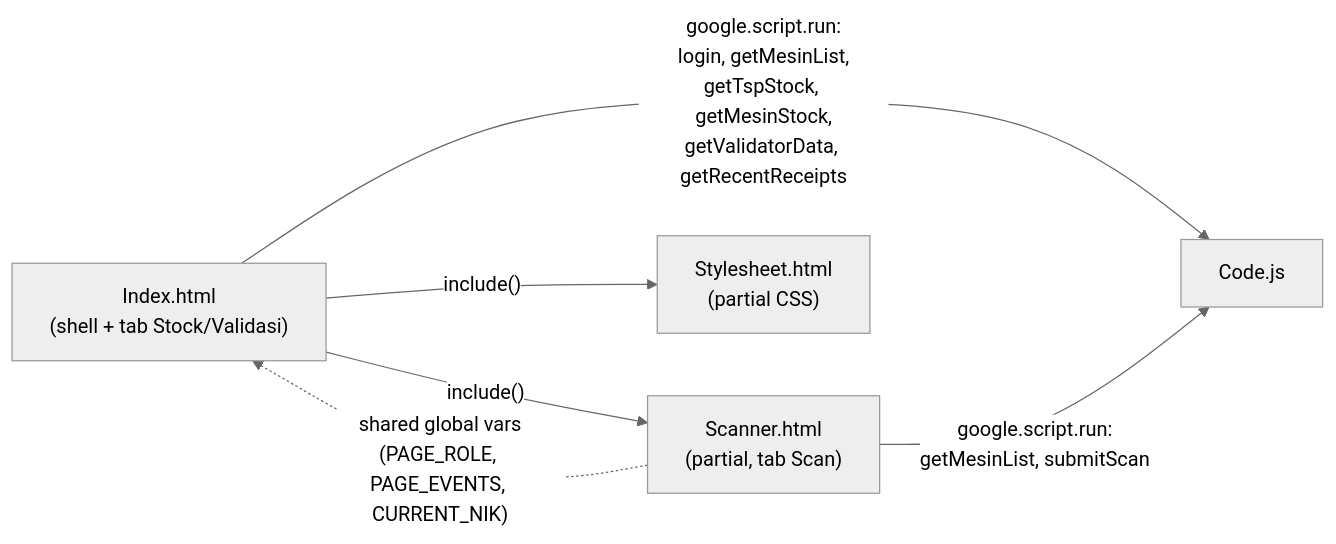
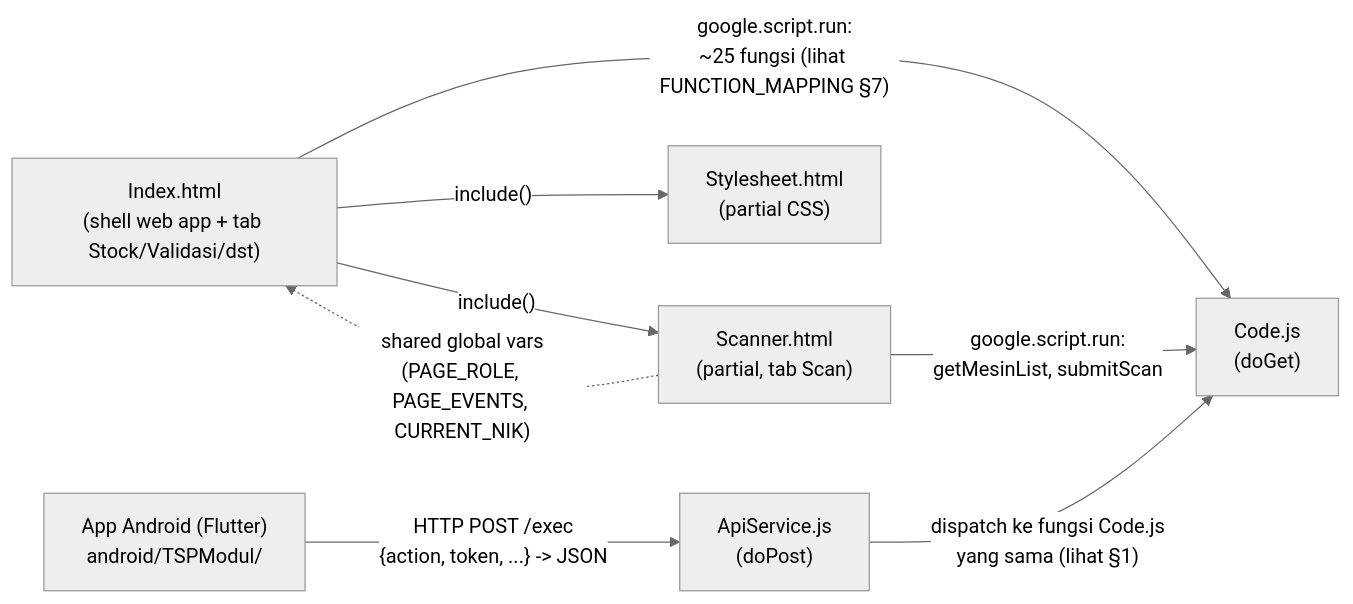
The second of 5 diagrams in dokumentasi/DEPENDENCY_MAP.md (imannurchaedi-max/TSP), drawn with Mermaid (neutral theme) before and after one commit. The commit also changed other lines of this file and 6 other files, not shown here.

````diff
--- a/dokumentasi/DEPENDENCY_MAP.md
+++ b/dokumentasi/DEPENDENCY_MAP.md
@@ -48,13 +63,17 @@
 ```mermaid
 graph LR
-  IndexHtml["Index.html<br/>(shell + tab Stock/Validasi)"]
+  IndexHtml["Index.html<br/>(shell web app + tab Stock/Validasi/dst)"]
   ScannerHtml["Scanner.html<br/>(partial, tab Scan)"]
   StyleHtml["Stylesheet.html<br/>(partial CSS)"]
-  CodeJs["Code.js"]
+  CodeJs["Code.js<br/>(doGet)"]
+  ApiSvc["ApiService.js<br/>(doPost)"]
+  FlutterApp["App Android (Flutter)<br/>android/TSPModul/"]
 
   IndexHtml -- "include()" --> StyleHtml
   IndexHtml -- "include()" --> ScannerHtml
-  IndexHtml -- "google.script.run:<br/>login, getMesinList,<br/>getTspStock, getMesinStock,<br/>getValidatorData, getRecentReceipts" --> CodeJs
+  IndexHtml -- "google.script.run:<br/>~25 fungsi (lihat FUNCTION_MAPPING §7)" --> CodeJs
   ScannerHtml -- "google.script.run:<br/>getMesinList, submitScan" --> CodeJs
   ScannerHtml -. "shared global vars<br/>(PAGE_ROLE, PAGE_EVENTS, CURRENT_NIK)" .-> IndexHtml
+  FlutterApp -- "HTTP POST /exec<br/>{action, token, ...} -> JSON" --> ApiSvc
+  ApiSvc -- "dispatch ke fungsi Code.js<br/>yang sama (lihat §1)" --> CodeJs
 ```
````
